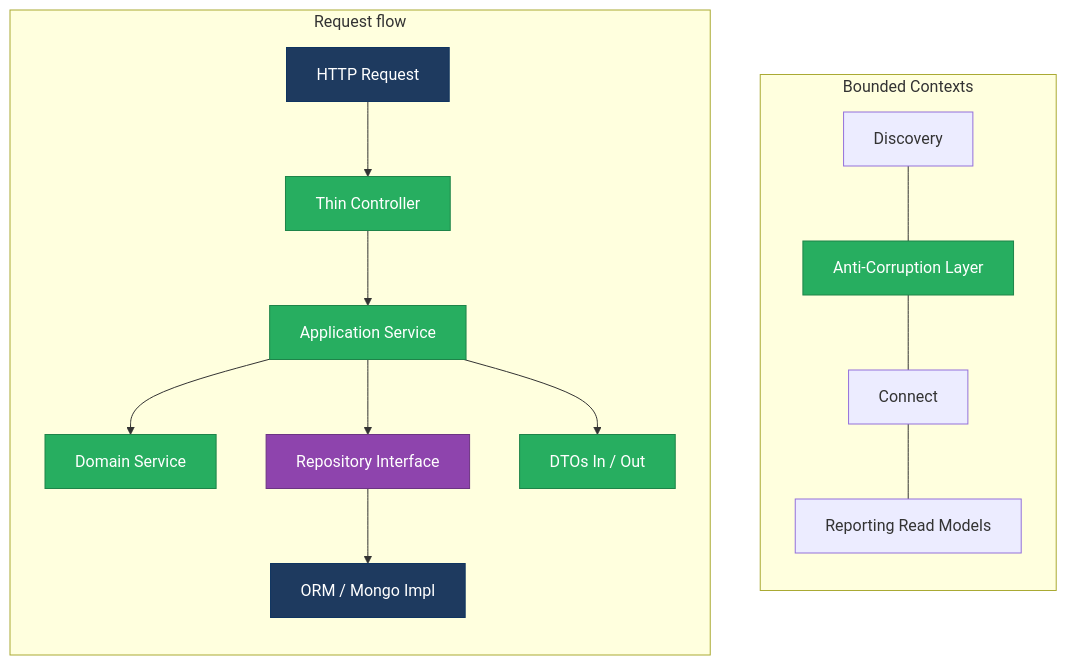
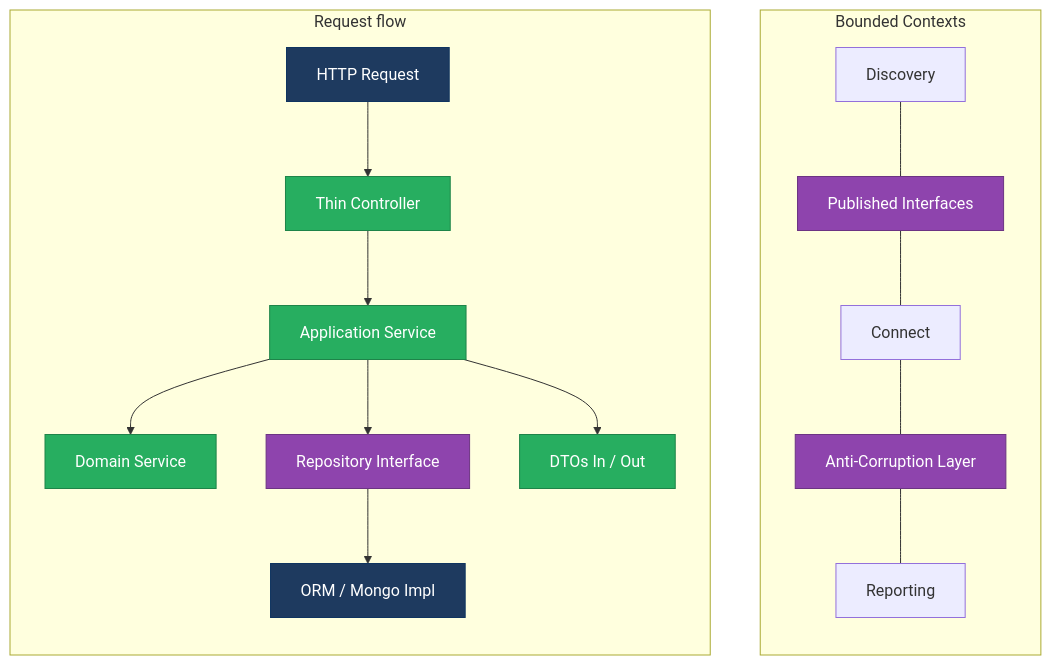
The fourth of 5 diagrams in docs/discovery/01-architecture-design.md (shende-shweta/FSDKC), drawn with Mermaid before and after one commit. The commit also changed other lines of this file and 1 other file, not shown here.

Commit message:
docs(discovery): add report files (2026-07-14_14-26-44)

````diff
--- a/docs/discovery/01-architecture-design.md
+++ b/docs/discovery/01-architecture-design.md
@@ -518,24 +434,25 @@
 ```mermaid
 flowchart TD
   subgraph BC["Bounded Contexts"]
     direction TB
-    DISC2[Discovery] --- ACL["Anti-Corruption Layer"]
-    ACL --- CONN2[Connect]
-    CONN2 --- RPT2[Reporting Read Models]
+    DISC[Discovery] --- PUB[Published Interfaces]
+    PUB --- CONN[Connect]
+    CONN --- ACL["Anti-Corruption Layer"]
+    ACL --- RPT[Reporting]
   end
   subgraph FLOW["Request flow"]
     direction TB
     H[HTTP Request] --> TC[Thin Controller]
     TC --> AS[Application Service]
     AS --> DS[Domain Service]
     AS --> RI[Repository Interface]
     RI --> IMPL["ORM / Mongo Impl"]
     AS --> DTO[DTOs In / Out]
   end
   classDef good fill:#27ae60,stroke:#1e8449,color:#fff
   classDef iface fill:#8e44ad,stroke:#6c3483,color:#fff
   classDef normal fill:#1e3a5f,stroke:#0f3460,color:#fff
-  class TC,AS,DS,DTO,ACL good
-  class RI iface
+  class TC,AS,DS,DTO good
+  class RI,ACL,PUB iface
   class H,IMPL normal
 ```
````
